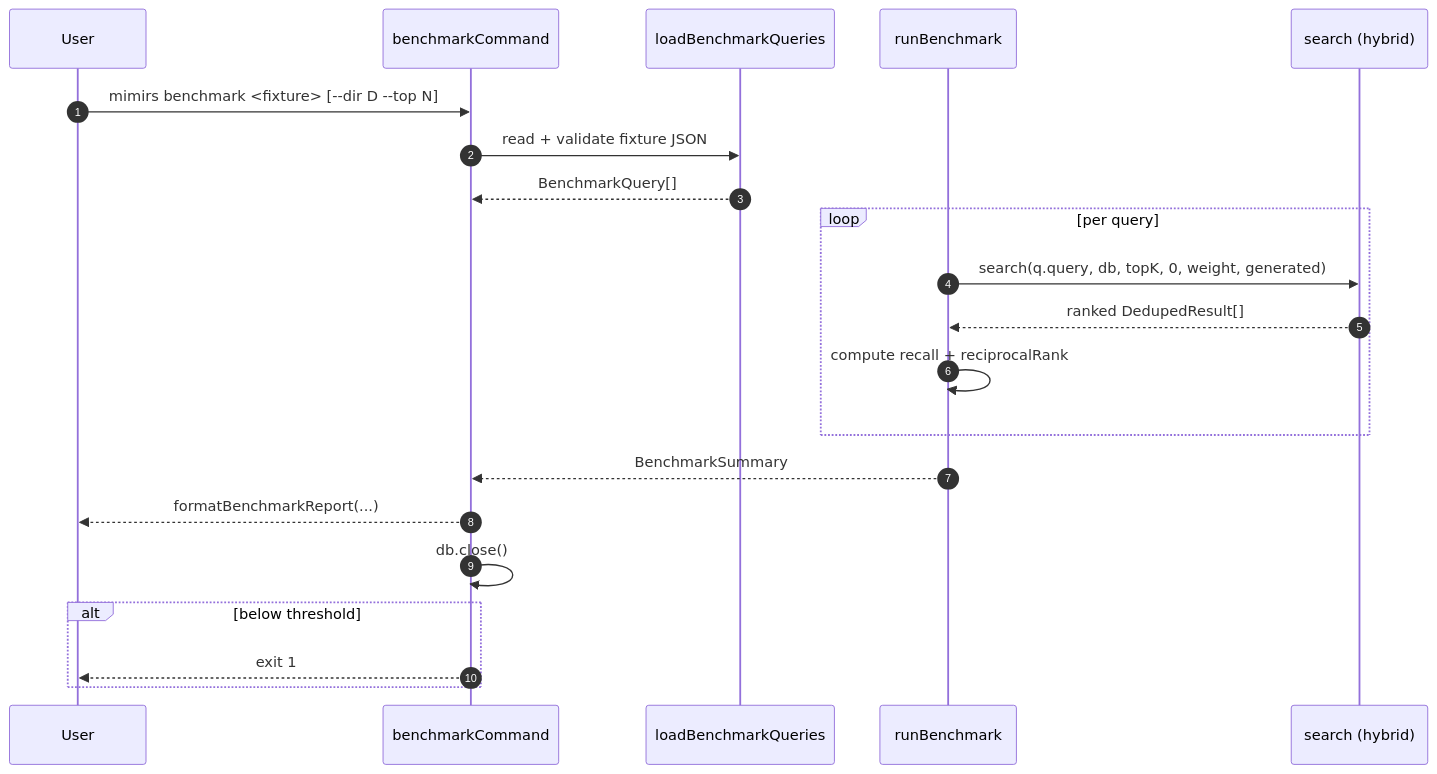
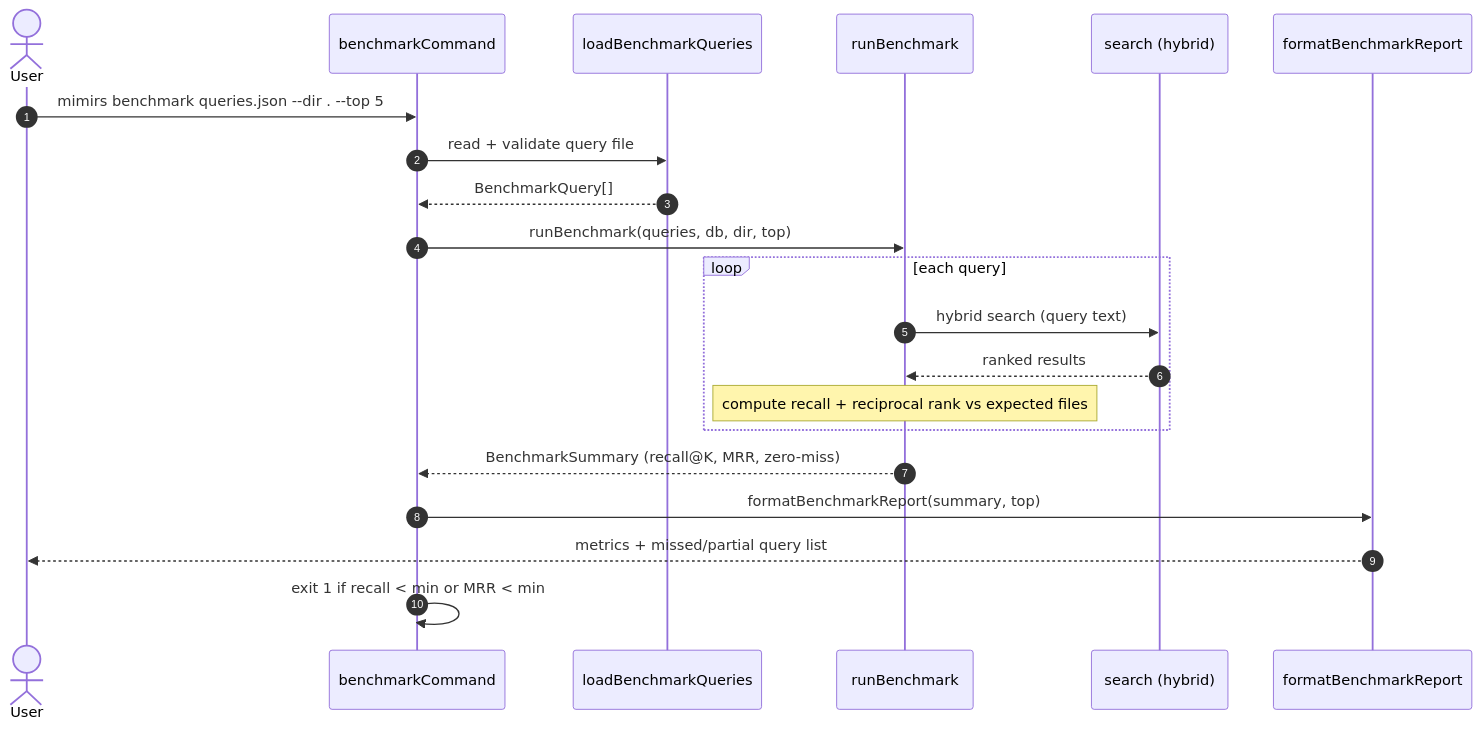
The diagram in wiki/cli/benchmark.md (TheWinci/mimirs), drawn with Mermaid before and after one commit. The commit also changed other lines of this file and 52 other files, not shown here.

````diff
--- a/wiki/cli/benchmark.md
+++ b/wiki/cli/benchmark.md
@@ -7,23 +17,23 @@
 ```mermaid
 sequenceDiagram
     autonumber
-    participant User
-    participant CLI as benchmarkCommand
+    actor User
+    participant Cmd as benchmarkCommand
     participant Loader as loadBenchmarkQueries
     participant Runner as runBenchmark
     participant Search as search (hybrid)
-    User->>CLI: mimirs benchmark <fixture> [--dir D --top N]
-    CLI->>Loader: read + validate fixture JSON
-    Loader-->>CLI: BenchmarkQuery[]
-    loop per query
-        Runner->>Search: search(q.query, db, topK, 0, weight, generated)
-        Search-->>Runner: ranked DedupedResult[]
-        Runner->>Runner: compute recall + reciprocalRank
+    participant Report as formatBenchmarkReport
+    User->>Cmd: mimirs benchmark queries.json --dir . --top 5
+    Cmd->>Loader: read + validate query file
+    Loader-->>Cmd: BenchmarkQuery[]
+    Cmd->>Runner: runBenchmark(queries, db, dir, top)
+    loop each query
+        Runner->>Search: hybrid search (query text)
+        Search-->>Runner: ranked results
+        Note over Runner: compute recall + reciprocal rank vs expected files
     end
-    Runner-->>CLI: BenchmarkSummary
-    CLI-->>User: formatBenchmarkReport(...)
-    CLI->>CLI: db.close()
-    alt below threshold
-        CLI-->>User: exit 1
-    end
+    Runner-->>Cmd: BenchmarkSummary (recall@K, MRR, zero-miss)
+    Cmd->>Report: formatBenchmarkReport(summary, top)
+    Report-->>User: metrics + missed/partial query list
+    Cmd->>Cmd: exit 1 if recall < min or MRR < min
 ```
````
